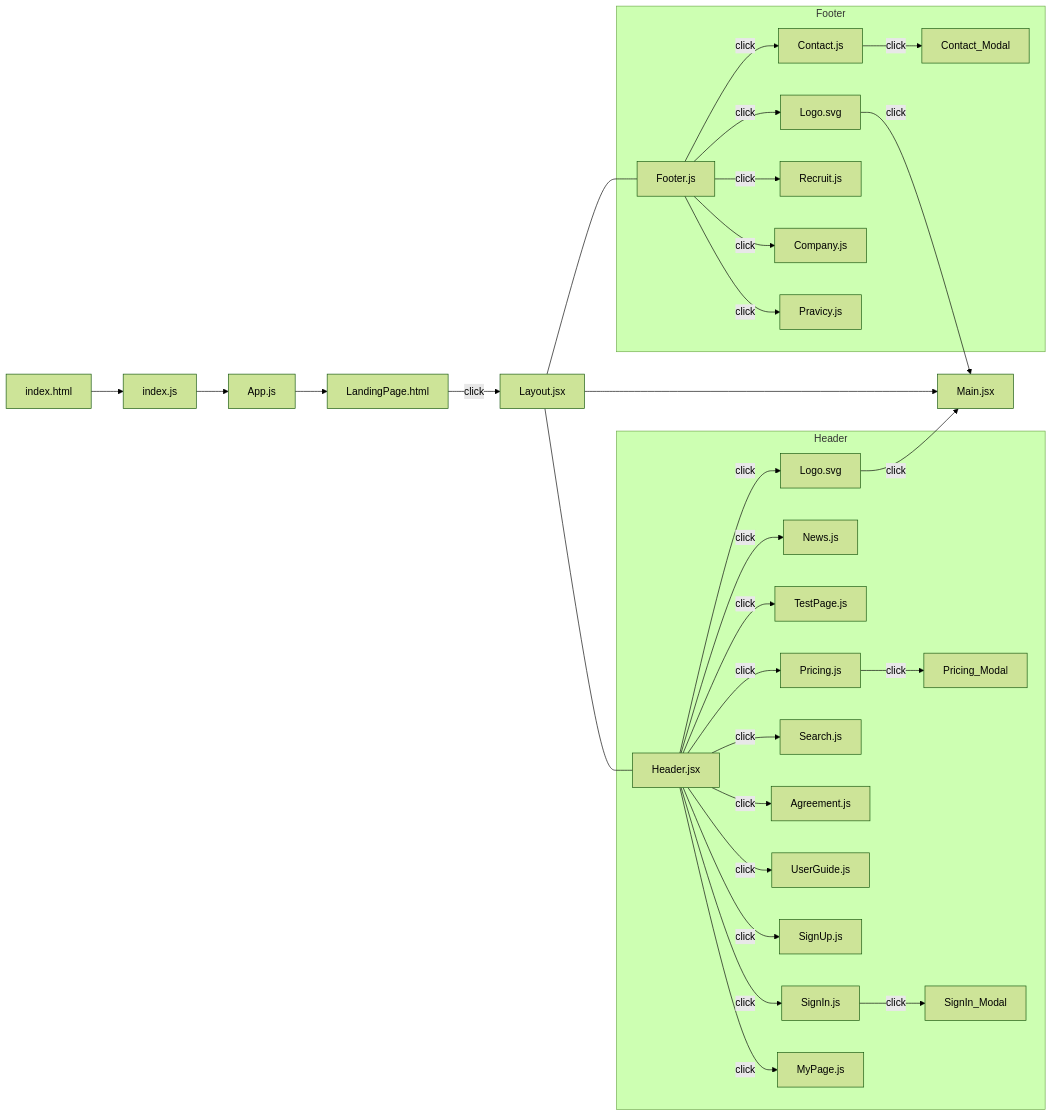
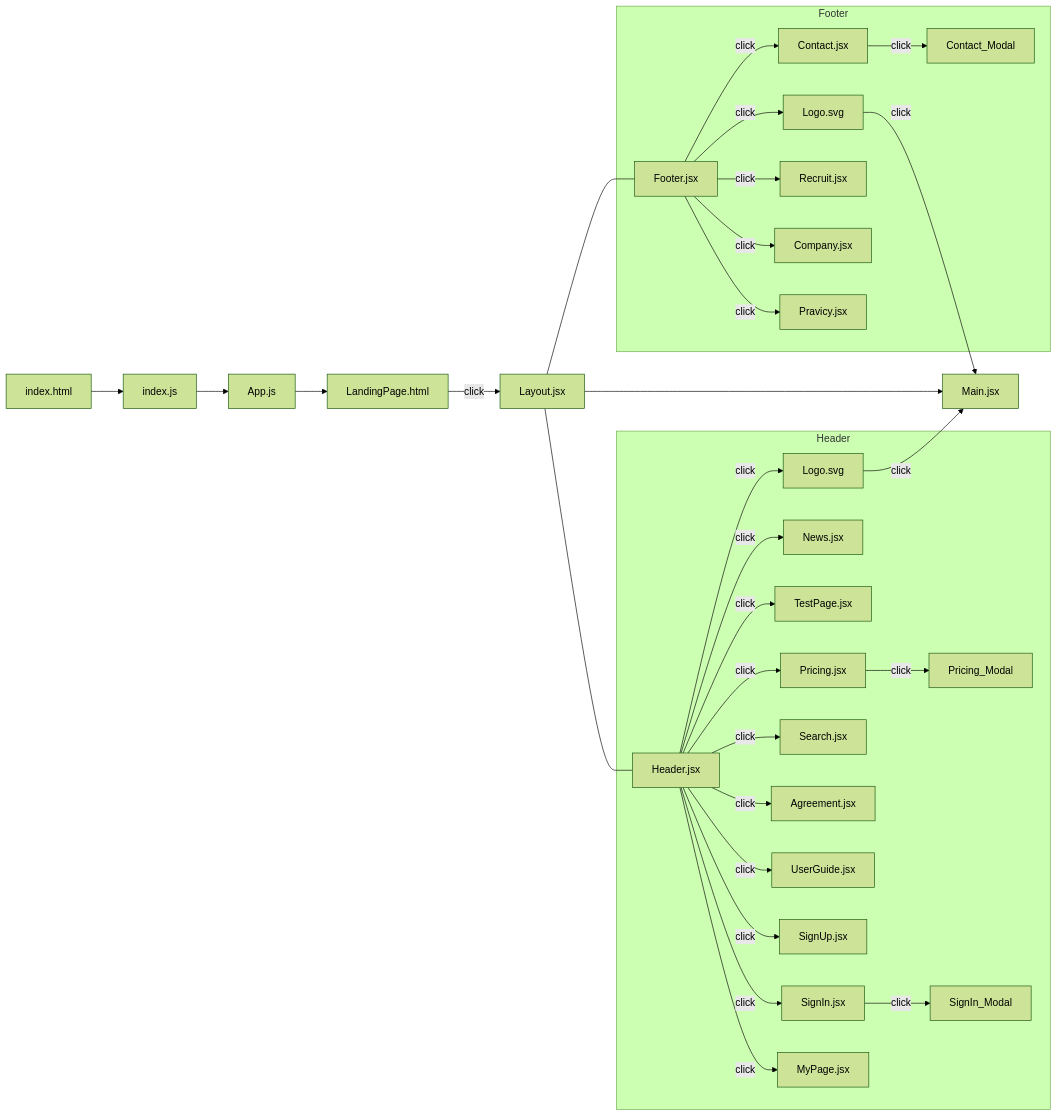
Before and after one commit to tatsuhidehirakawa/ReactTestSite: the diagram in k_01_src/110wbs_src/README.md, drawn with Mermaid (forest theme).

Commit message:
Fixed suffix.

````diff
--- a/k_01_src/110wbs_src/README.md
+++ b/k_01_src/110wbs_src/README.md
@@ -3,40 +3,40 @@
 ```mermaid
 flowchart LR
   idh[index.html] --> idj[index.js]
   idj --> apj[App.js]
   apj --> lph[LandingPage.html]
   lph --> |click|lot[Layout.jsx]
   lot --- hej[Header.jsx]
-  lot --- ftj[Footer.js]
-  lot --> maj[Footer.js]
+  lot --- ftj[Footer.jsx]
+  lot --> maj[Footer.jsx]
 
 subgraph funcA [Header]
   hej --> |click|alog[Logo.svg]
-  hej --> |click|pa[News.js]
-  hej --> |click|tp[TestPage.js]
-  hej --> |click|pcj[Pricing.js]
+  hej --> |click|pa[News.jsx]
+  hej --> |click|tp[TestPage.jsx]
+  hej --> |click|pcj[Pricing.jsx]
   pcj --> |click|pcm[Pricing_Modal]
 
-  hej --> |click|ij[Search.js]
+  hej --> |click|ij[Search.jsx]
 
-  hej --> |click|ag[Agreement.js]
-  hej --> |click|ug[UserGuide.js]
-  hej --> |click|su[SignUp.js]
-  hej --> |click|sij[SignIn.js]
-  hej --> |click|mp[MyPage.js]
+  hej --> |click|ag[Agreement.jsx]
+  hej --> |click|ug[UserGuide.jsx]
+  hej --> |click|su[SignUp.jsx]
+  hej --> |click|sij[SignIn.jsx]
+  hej --> |click|mp[MyPage.jsx]
   sij --> |click|sim[SignIn_Modal]
 end
 
 subgraph funcD [Footer]
   ftj --> |click|blog[Logo.svg]
-  ftj --> |click|ct[Contact.js]
-  ftj --> |click|rt[Recruit.js]
-  ftj --> |click|cy[Company.js]
-  ftj --> |click|pr[Pravicy.js]
+  ftj --> |click|ct[Contact.jsx]
+  ftj --> |click|rt[Recruit.jsx]
+  ftj --> |click|cy[Company.jsx]
+  ftj --> |click|pr[Pravicy.jsx]
   ct --> |click|ctm[Contact_Modal]
 end
 
   alog --> |click|maj[Main.jsx]
   blog --> |click|maj[Main.jsx]
 
 ```
````
